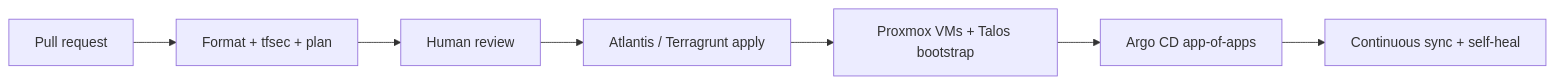
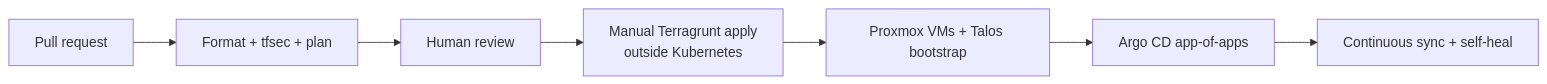
Before and after one commit to kfir-marx/homelab: the second of 2 diagrams in README.md, drawn with Mermaid. The commit also changed other lines of this file and 5 other files, not shown here.

````diff
--- a/README.md
+++ b/README.md
@@ -130,9 +131,9 @@
 ```mermaid
 flowchart LR
     Change["Pull request"] --> Checks["Format + tfsec + plan"]
     Checks --> Review["Human review"]
-    Review --> Apply["Atlantis / Terragrunt apply"]
+    Review --> Apply["Manual Terragrunt apply<br/>outside Kubernetes"]
     Apply --> Talos["Proxmox VMs + Talos bootstrap"]
     Talos --> Argo["Argo CD app-of-apps"]
     Argo --> Reconcile["Continuous sync + self-heal"]
 ```
````
